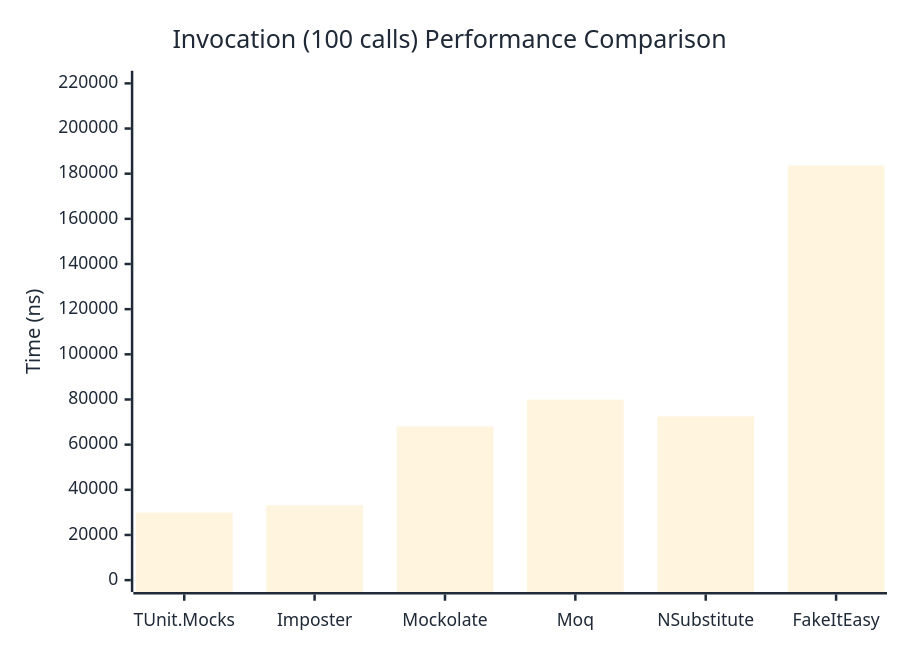
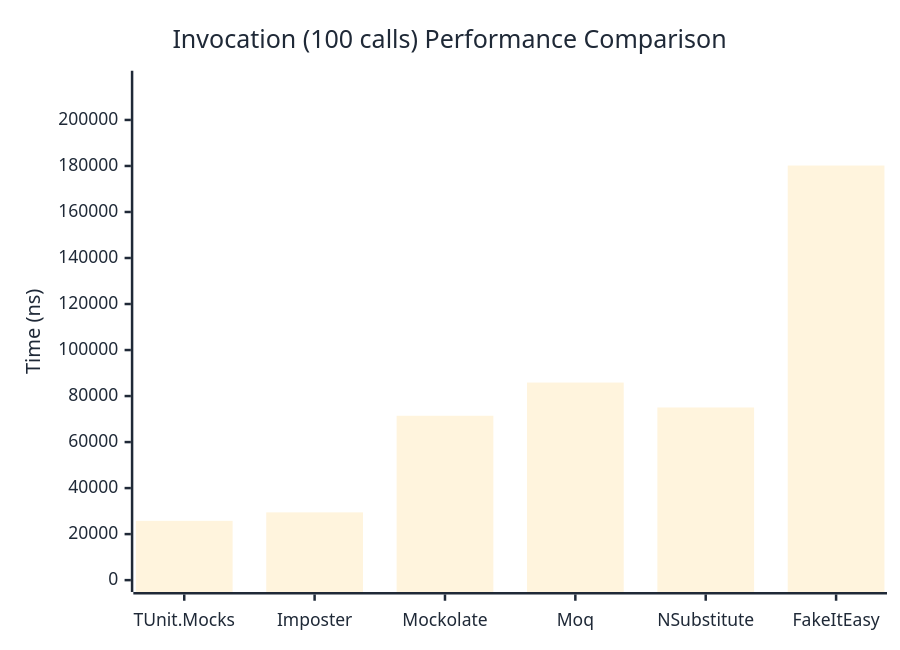
Before and after one commit to thomhurst/TUnit: the third of 3 diagrams in docs/docs/benchmarks/mocks/Invocation.md, drawn with Mermaid. The commit also changed other lines of this file and 14 other files, not shown here.

````diff
--- a/docs/docs/benchmarks/mocks/Invocation.md
+++ b/docs/docs/benchmarks/mocks/Invocation.md
@@ -110,27 +110,27 @@
 ```mermaid
 %%{init: {
   'theme':'base',
   'themeVariables': {
     'primaryColor': '#2563eb',
     'primaryTextColor': '#1f2937',
     'primaryBorderColor': '#1e40af',
     'lineColor': '#6b7280',
     'secondaryColor': '#7c3aed',
     'tertiaryColor': '#dc2626',
     'background': '#ffffff',
     'pie1': '#2563eb',
     'pie2': '#7c3aed',
     'pie3': '#dc2626',
     'pie4': '#f59e0b',
     'pie5': '#10b981',
     'pie6': '#06b6d4',
     'pie7': '#ec4899',
     'pie8': '#6366f1'
   }
 }}%%
 xychart-beta
   title "Invocation (100 calls) Performance Comparison"
   x-axis ["TUnit.Mocks", "Imposter", "Mockolate", "Moq", "NSubstitute", "FakeItEasy"]
-  y-axis "Time (ns)" 0 --> 220329
-  bar [29882.5, 33114.8, 68052.9, 79886, 72527.9, 183607]
+  y-axis "Time (ns)" 0 --> 216222
+  bar [25763, 29448.9, 71439, 85863.6, 75038.3, 180185]
 ```
````
